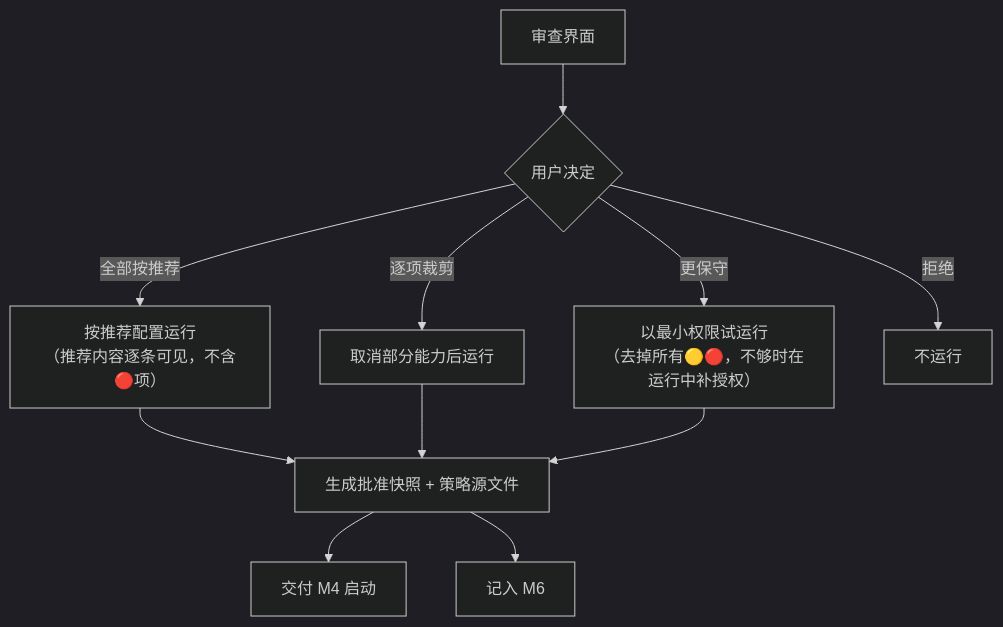
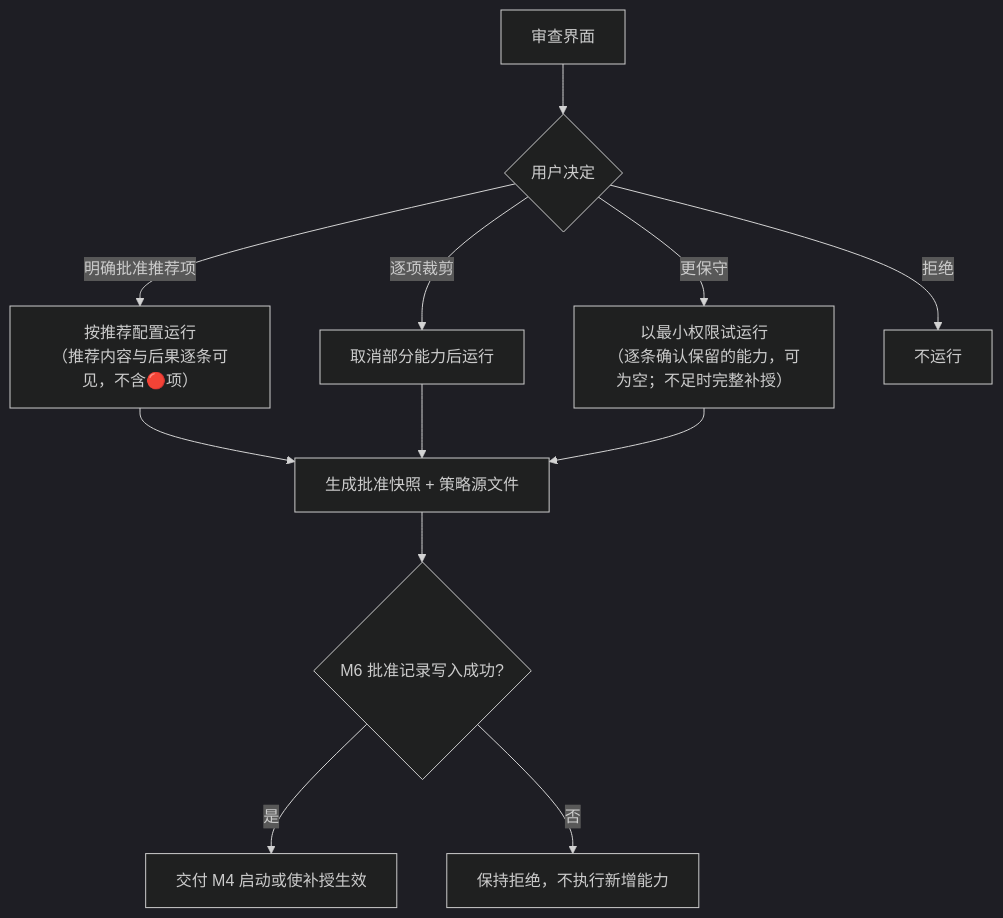
One commit to mingmingtsao/mini-sandbox changed the fourth of 6 diagrams in docs/prd/desktop-sandbox/source/02-模块设计.md. Above: the diagram before and after it, drawn with Mermaid (dark theme). The commit also changed other lines of this file and 7 other files, not shown here.

````diff
--- a/docs/prd/desktop-sandbox/source/02-模块设计.md
+++ b/docs/prd/desktop-sandbox/source/02-模块设计.md
@@ -325,12 +349,13 @@
 ```mermaid
 flowchart TD
     A[审查界面] --> B{用户决定}
-    B -->|全部按推荐| C["按推荐配置运行<br/>（推荐内容逐条可见，不含🔴项）"]
+    B -->|明确批准推荐项| C["按推荐配置运行<br/>（推荐内容与后果逐条可见，不含🔴项）"]
     B -->|逐项裁剪| D[取消部分能力后运行]
-    B -->|更保守| E["以最小权限试运行<br/>（去掉所有🟡🔴，不够时在运行中补授权）"]
+    B -->|更保守| E["以最小权限试运行<br/>（逐条确认保留的能力，可为空；不足时完整补授）"]
     B -->|拒绝| F[不运行]
 
     C & D & E --> G[生成批准快照 + 策略源文件]
-    G --> H[交付 M4 启动]
-    G --> I[记入 M6]
+    G --> I{M6 批准记录写入成功?}
+    I -->|是| H[交付 M4 启动或使补授生效]
+    I -->|否| J[保持拒绝，不执行新增能力]
 ```
````
